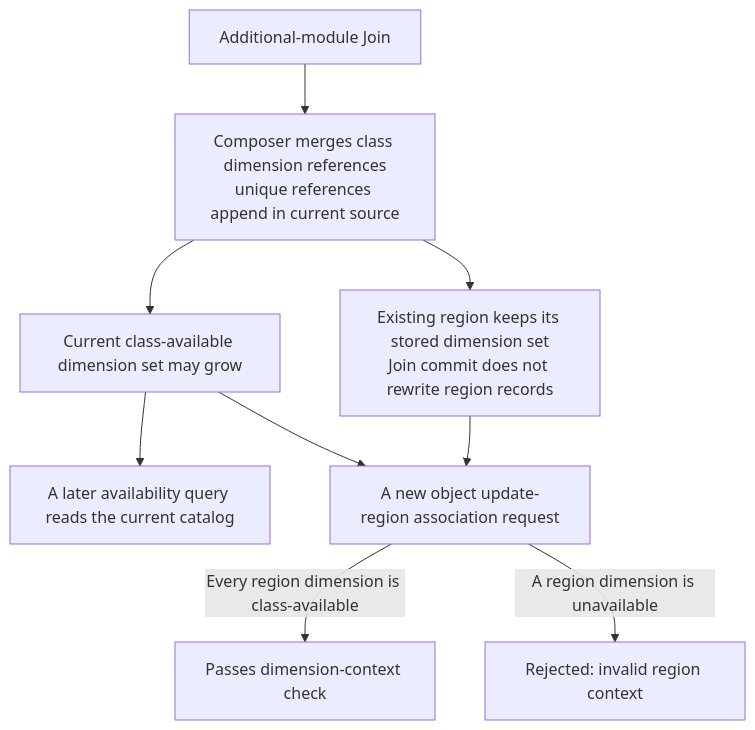
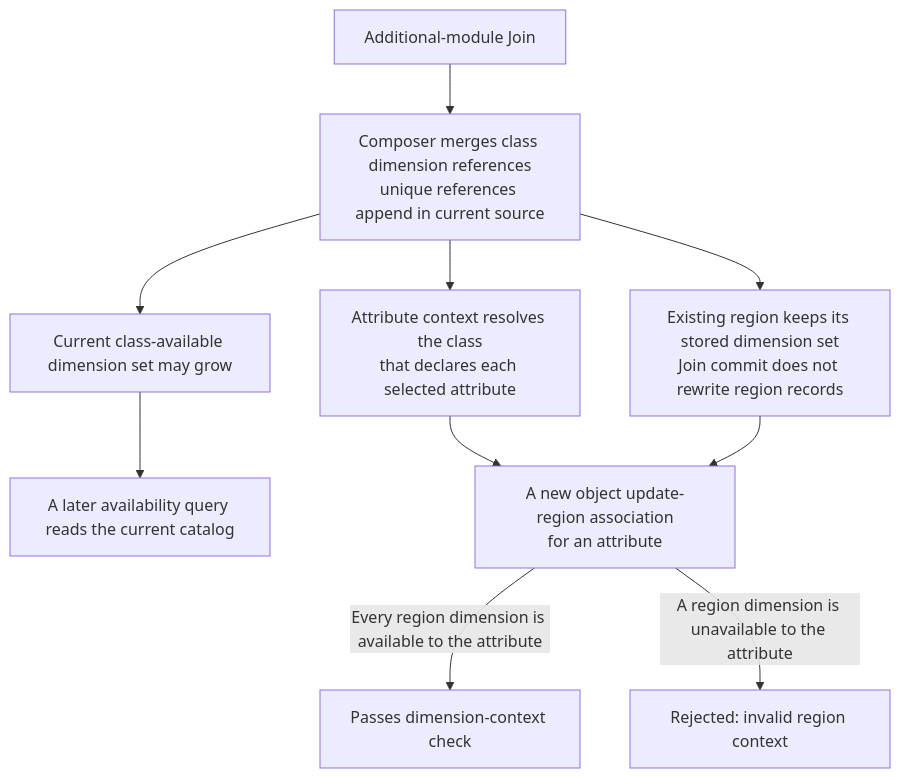
Before and after one commit to sheepfling/umbra: diagram 13 of 35 in docs/design/HLA-2025-DATA-DISTRIBUTION-AND-REGIONS-FLOW-GUIDE.md, drawn with Mermaid. The commit also changed other lines of this file and 39 other files, not shown here.

Commit message:
Document IEEE 1516.1-2025 behavior flows

````diff
--- a/docs/design/HLA-2025-DATA-DISTRIBUTION-AND-REGIONS-FLOW-GUIDE.md
+++ b/docs/design/HLA-2025-DATA-DISTRIBUTION-AND-REGIONS-FLOW-GUIDE.md
@@ -682,12 +1064,13 @@
 ```mermaid
 flowchart TD
   JOIN["Additional-module Join"]
   JOIN --> COMPOSE["Composer merges class dimension references<br/>unique references append in current source"]
   COMPOSE --> AVAILABLE["Current class-available dimension set may grow"]
   COMPOSE --> EXISTING["Existing region keeps its stored dimension set<br/>Join commit does not rewrite region records"]
   AVAILABLE --> QUERY["A later availability query reads the current catalog"]
-  AVAILABLE --> CHECK["A new object update-region association request"]
+  COMPOSE --> ATTRSET["Attribute context resolves the class<br/>that declares each selected attribute"]
+  ATTRSET --> CHECK["A new object update-region association<br/>for an attribute"]
   EXISTING --> CHECK
-  CHECK -->|"Every region dimension is class-available"| ACCEPT["Passes dimension-context check"]
-  CHECK -->|"A region dimension is unavailable"| REJECT["Rejected: invalid region context"]
+  CHECK -->|"Every region dimension is available to the attribute"| ACCEPT["Passes dimension-context check"]
+  CHECK -->|"A region dimension is unavailable to the attribute"| REJECT["Rejected: invalid region context"]
 ```
````
